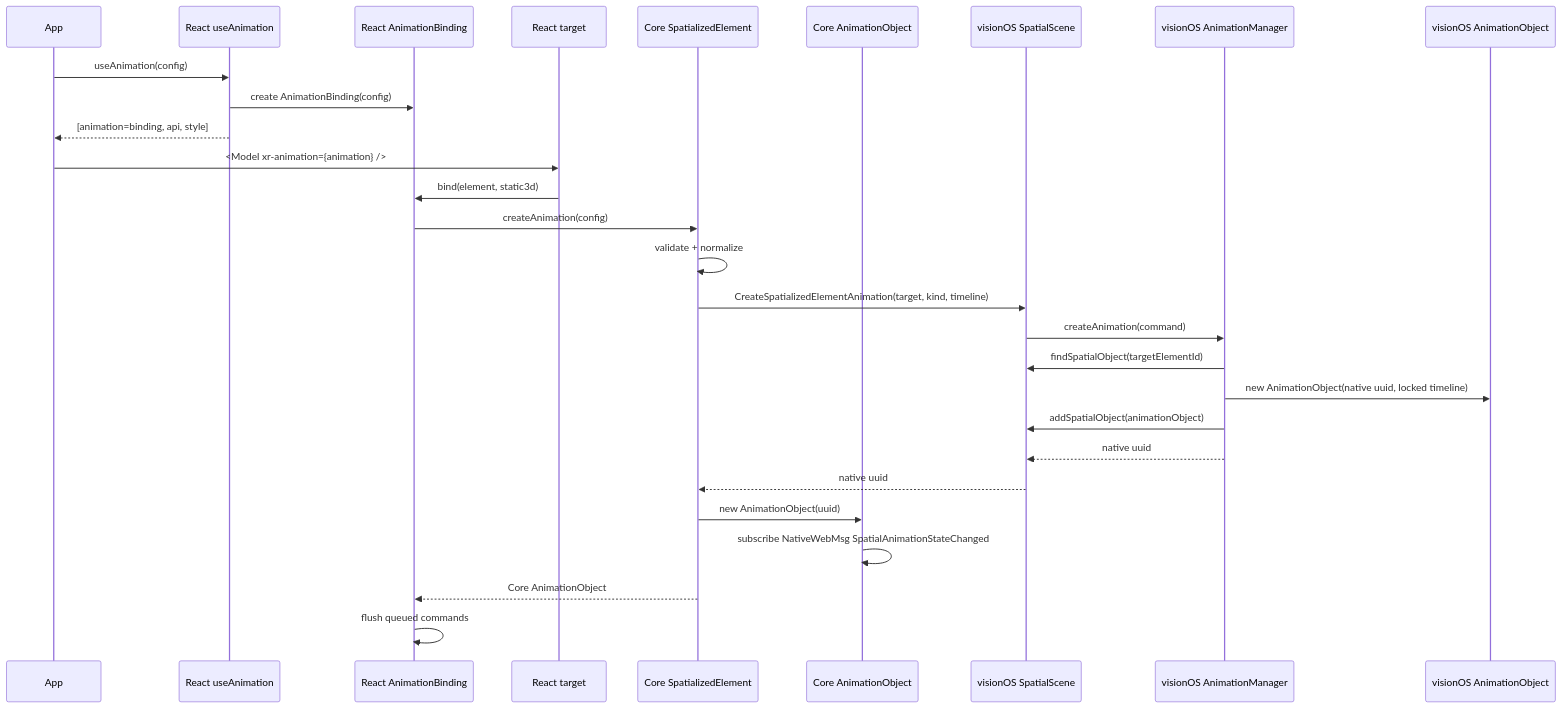
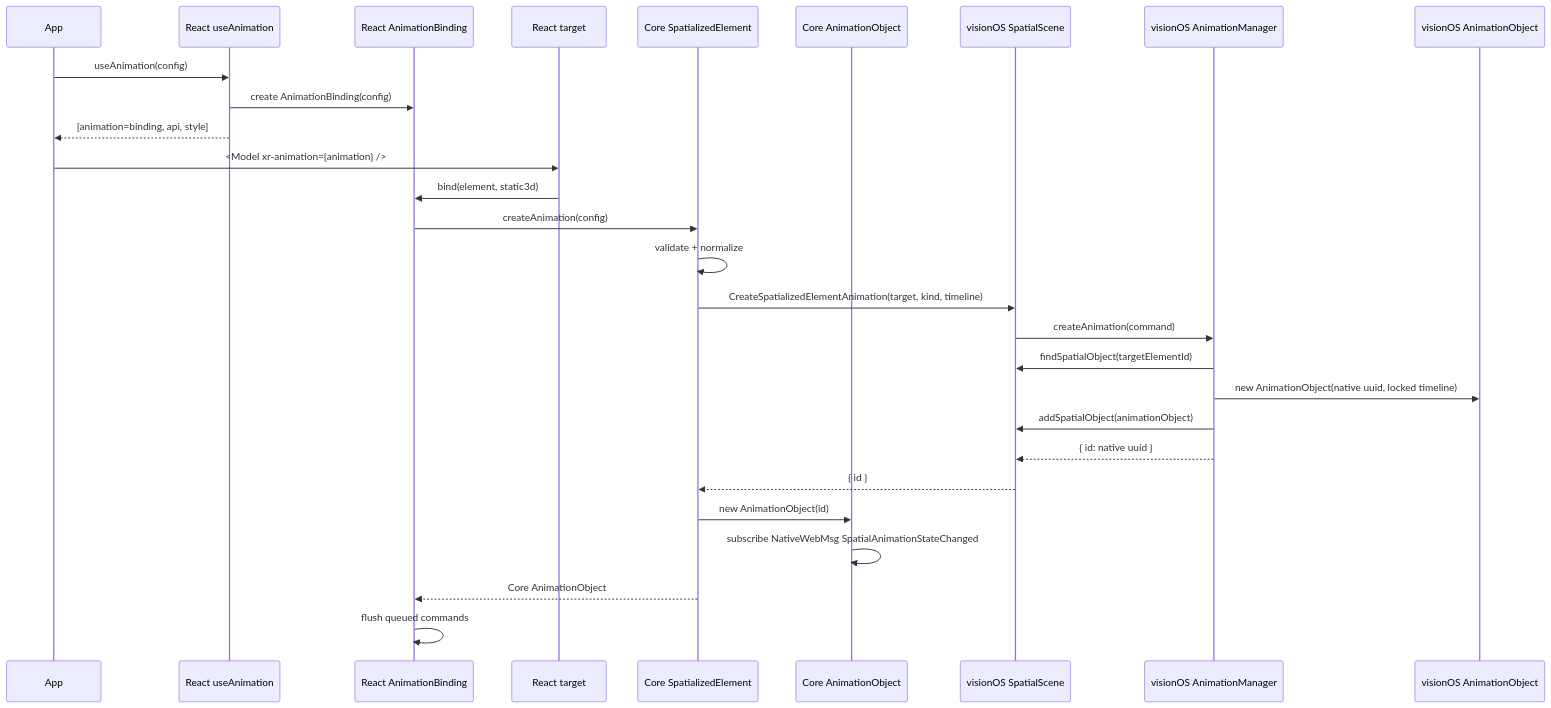
One commit to webspatial/webspatial-sdk changed the second of 6 diagrams in openspec/changes/spatialized-element-motion-api/design.zh.md. Above: the diagram before and after it, drawn with Mermaid. The commit also changed other lines of this file, not shown here.

Commit message:
docs: clarify animation object implementation details zh

````diff
--- a/openspec/changes/spatialized-element-motion-api/design.zh.md
+++ b/openspec/changes/spatialized-element-motion-api/design.zh.md
@@ -266,32 +287,32 @@
 ```mermaid
 sequenceDiagram
   participant App
   participant Hook as React useAnimation
   participant Binding as React AnimationBinding
   participant Target as React target
   participant Element as Core SpatializedElement
   participant CoreObj as Core AnimationObject
   participant Scene as visionOS SpatialScene
   participant Manager as visionOS AnimationManager
   participant NativeObj as visionOS AnimationObject
 
   App->>Hook: useAnimation(config)
   Hook->>Binding: create AnimationBinding(config)
   Hook-->>App: [animation=binding, api, style]
 
   App->>Target: <Model xr-animation={animation} />
   Target->>Binding: bind(element, static3d)
   Binding->>Element: createAnimation(config)
   Element->>Element: validate + normalize
   Element->>Scene: CreateSpatializedElementAnimation(target, kind, timeline)
   Scene->>Manager: createAnimation(command)
   Manager->>Scene: findSpatialObject(targetElementId)
   Manager->>NativeObj: new AnimationObject(native uuid, locked timeline)
   Manager->>Scene: addSpatialObject(animationObject)
-  Manager-->>Scene: native uuid
-  Scene-->>Element: native uuid
-  Element->>CoreObj: new AnimationObject(uuid)
+  Manager-->>Scene: { id: native uuid }
+  Scene-->>Element: { id }
+  Element->>CoreObj: new AnimationObject(id)
   CoreObj->>CoreObj: subscribe NativeWebMsg SpatialAnimationStateChanged
   Element-->>Binding: Core AnimationObject
   Binding->>Binding: flush queued commands
 ```
````
